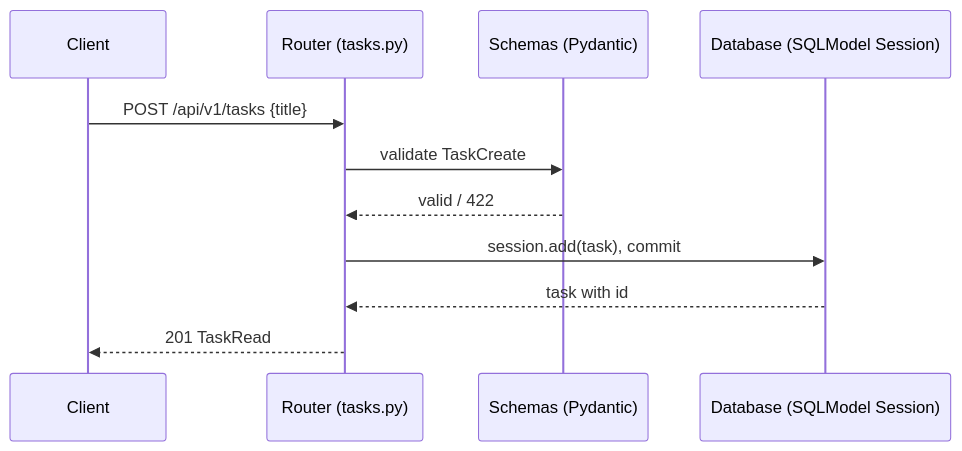
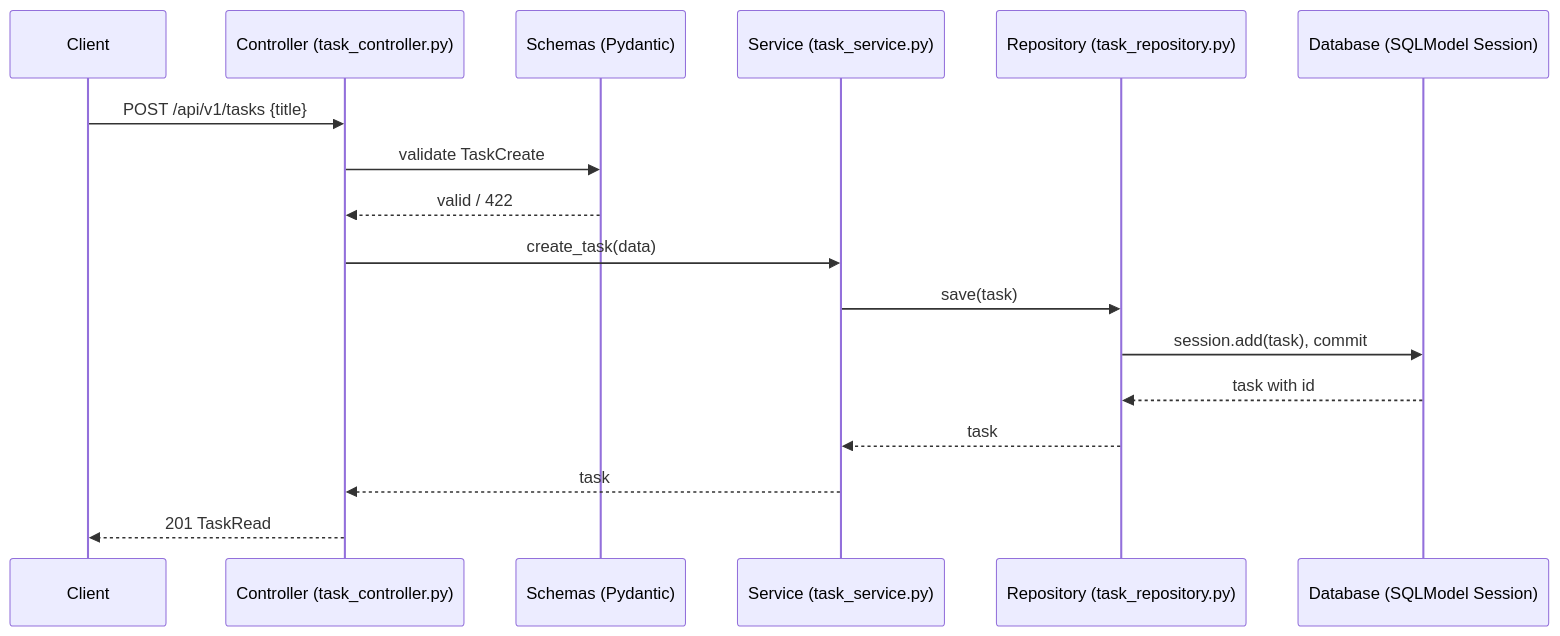
Before and after one commit to sayef-reyadh-labs/smarter-todo: the second of 6 diagrams in docs/03-tdd.md, drawn with Mermaid. The commit also changed other lines of this file and 2 other files, not shown here.

````diff
--- a/docs/03-tdd.md
+++ b/docs/03-tdd.md
@@ -59,13 +59,19 @@
 ```mermaid
 sequenceDiagram
     participant C as Client
-    participant R as Router (tasks.py)
+    participant R as Controller (task_controller.py)
     participant S as Schemas (Pydantic)
+    participant V as Service (task_service.py)
+    participant P as Repository (task_repository.py)
     participant D as Database (SQLModel Session)
     C->>R: POST /api/v1/tasks {title}
     R->>S: validate TaskCreate
     S-->>R: valid / 422
-    R->>D: session.add(task), commit
-    D-->>R: task with id
+    R->>V: create_task(data)
+    V->>P: save(task)
+    P->>D: session.add(task), commit
+    D-->>P: task with id
+    P-->>V: task
+    V-->>R: task
     R-->>C: 201 TaskRead
 ```
````
